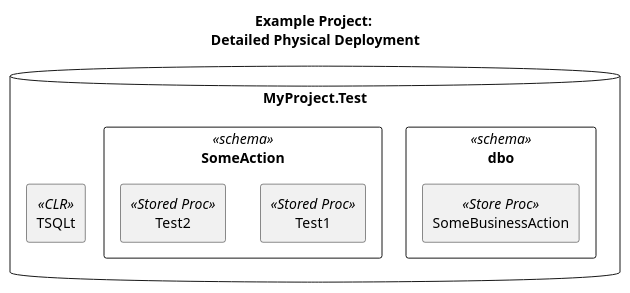
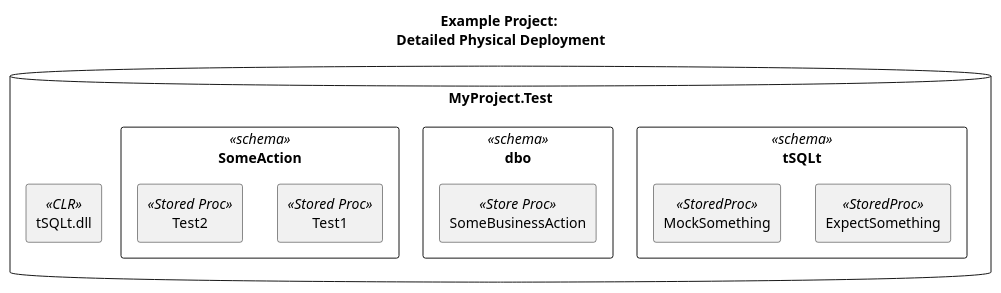
The fifth of 5 diagrams in README.md (Rogue-Archivists/TSQLtTools), drawn with PlantUML before and after one commit. The commit also changed other lines of this file and 4 other files, not shown here.

````diff
--- a/README.md
+++ b/README.md
@@ -176,13 +182,20 @@
 ```plantuml
 title  Example Project:\n Detailed Physical Deployment
 database "MyProject.Test" as alias {
- rectangle TSQLt <<CLR>>
+ rectangle "tSQLt.dll" <<CLR>>
+
+ rectangle tSQLt <<schema>> {
+    rectangle "ExpectSomething" <<StoredProc>>
+    rectangle "MockSomething" <<StoredProc>>
+ }
+
  rectangle dbo <<schema>> {
      rectangle SomeBusinessAction<<Store Proc>>
  }
+
  rectangle SomeAction <<schema>> {
     rectangle Test1 <<Stored Proc>>
     rectangle Test2 <<Stored Proc>>
  }
 }
 ```
````
